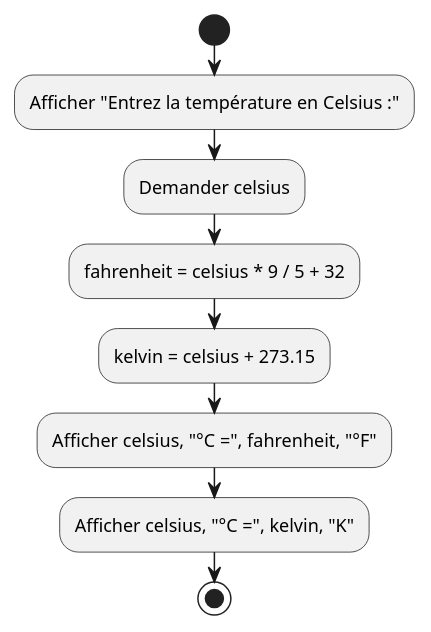
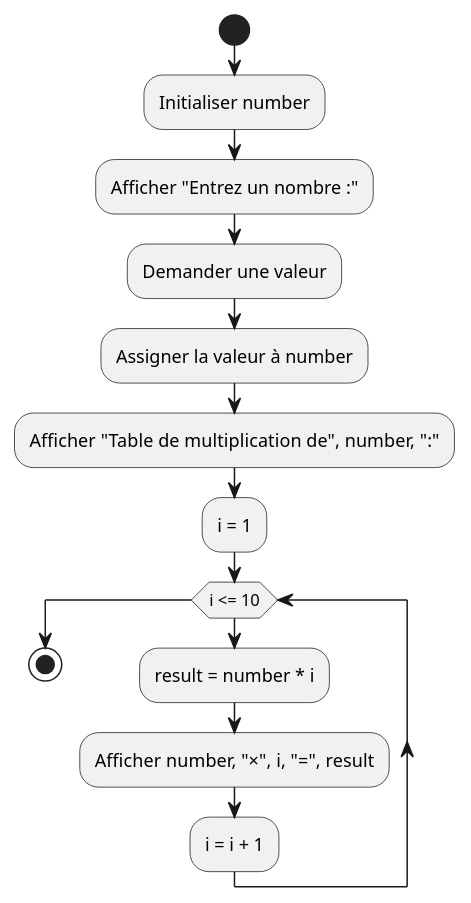
One commit to HEIG-VD-Prog-Course/HEIG-VD-ProgIM-Course changed the ninth of 10 diagrams in 02.01-sequence-selection-iteration/02-exercices/README.md. Above: the diagram before and after it, drawn with PlantUML. The commit also changed other lines of this file, not shown here.

````diff
--- a/02.01-sequence-selection-iteration/02-exercices/README.md
+++ b/02.01-sequence-selection-iteration/02-exercices/README.md
@@ -970,12 +1027,17 @@
 ```plantuml
 @startuml
 start
-:Afficher "Entrez la température en Celsius :";
-:Demander celsius;
-:fahrenheit = celsius * 9 / 5 + 32;
-:kelvin = celsius + 273.15;
-:Afficher celsius, "°C =", fahrenheit, "°F";
-:Afficher celsius, "°C =", kelvin, "K";
+:Initialiser number;
+:Afficher "Entrez un nombre :";
+:Demander une valeur;
+:Assigner la valeur à number;
+:Afficher "Table de multiplication de", number, ":";
+:i = 1;
+while (i <= 10)
+    :result = number * i;
+    :Afficher number, "×", i, "=", result;
+    :i = i + 1;
+endwhile
 stop
 @enduml
 ```
````
